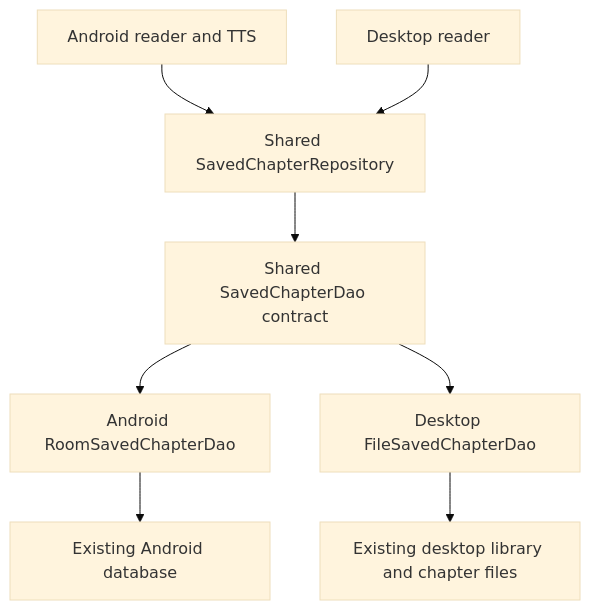
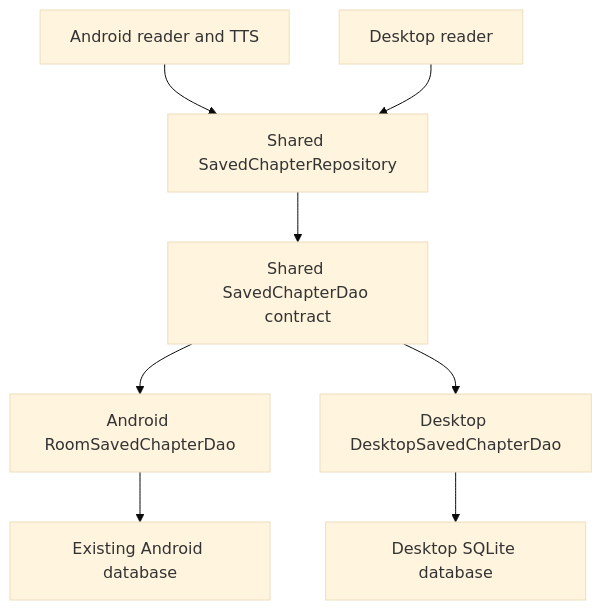
One commit to Operation-Grimoire/grimoire changed the first of 3 diagrams in docs/shared-storage.md. Above: the diagram before and after it, drawn with Mermaid (base theme). The commit also changed other lines of this file and 19 other files, not shown here.

````diff
--- a/docs/shared-storage.md
+++ b/docs/shared-storage.md
@@ -15,10 +15,10 @@
 ```mermaid
 flowchart TB
     Android[Android reader and TTS] --> Repository[Shared SavedChapterRepository]
     Desktop[Desktop reader] --> Repository
     Repository --> Contract[Shared SavedChapterDao contract]
     Contract --> Room[Android RoomSavedChapterDao]
-    Contract --> Files[Desktop FileSavedChapterDao]
+    Contract --> SQL[Desktop DesktopSavedChapterDao]
     Room --> Database[Existing Android database]
-    Files --> Library[Existing desktop library and chapter files]
+    SQL --> Library[Desktop SQLite database]
 ```
````
